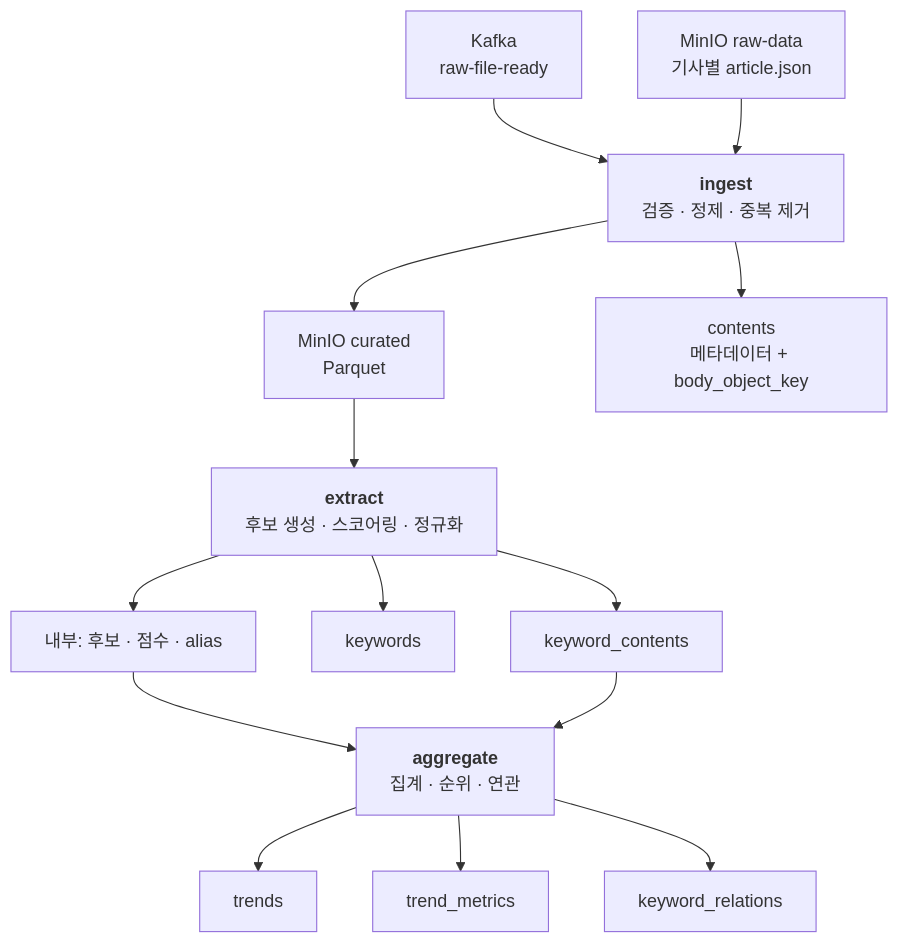
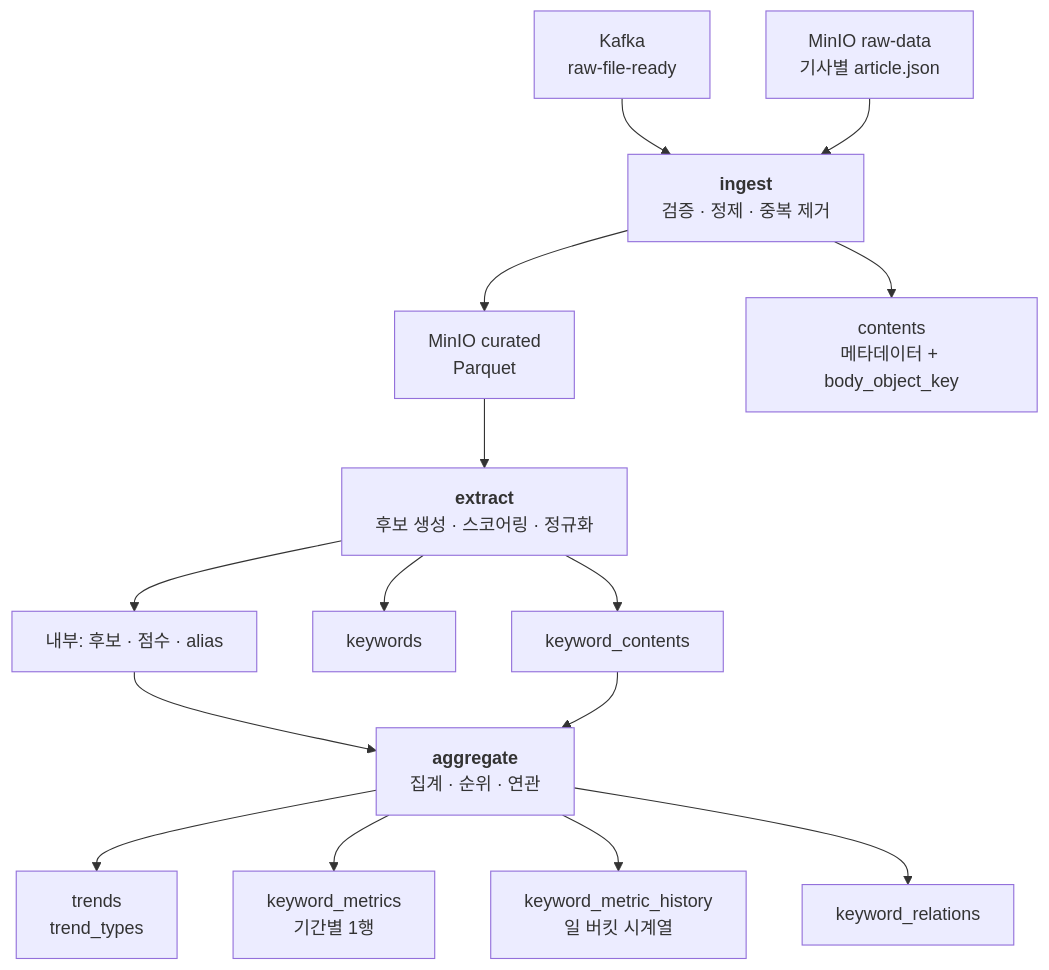
Before and after one commit to gyeolhan0789/TrendIn: the diagram in pipeline/spark/docs/01-architecture.md, drawn with Mermaid. The commit also changed other lines of this file and 14 other files, not shown here.

First line of the commit message:
docs(spark): ERD v2 반영과 설계 문서 갱신

````diff
--- a/pipeline/spark/docs/01-architecture.md
+++ b/pipeline/spark/docs/01-architecture.md
@@ -49,20 +49,21 @@
 ```mermaid
 flowchart TD
     K["Kafka<br/>raw-file-ready"] --> ING
     RAW["MinIO raw-data<br/>기사별 article.json"] --> ING
 
     ING["<b>ingest</b><br/>검증 · 정제 · 중복 제거"]
     ING --> CUR["MinIO curated<br/>Parquet"]
     ING --> C1["contents<br/>메타데이터 + body_object_key"]
 
     CUR --> EXT["<b>extract</b><br/>후보 생성 · 스코어링 · 정규화"]
     EXT --> I1["내부: 후보 · 점수 · alias"]
     EXT --> C3["keywords"]
     EXT --> C4["keyword_contents"]
 
     I1 --> AGG["<b>aggregate</b><br/>집계 · 순위 · 연관"]
     C4 --> AGG
-    AGG --> C5["trends"]
-    AGG --> C6["trend_metrics"]
+    AGG --> C5["trends<br/>trend_types"]
+    AGG --> C6["keyword_metrics<br/>기간별 1행"]
+    AGG --> C6B["keyword_metric_history<br/>일 버킷 시계열"]
     AGG --> C7["keyword_relations"]
 ```
````
